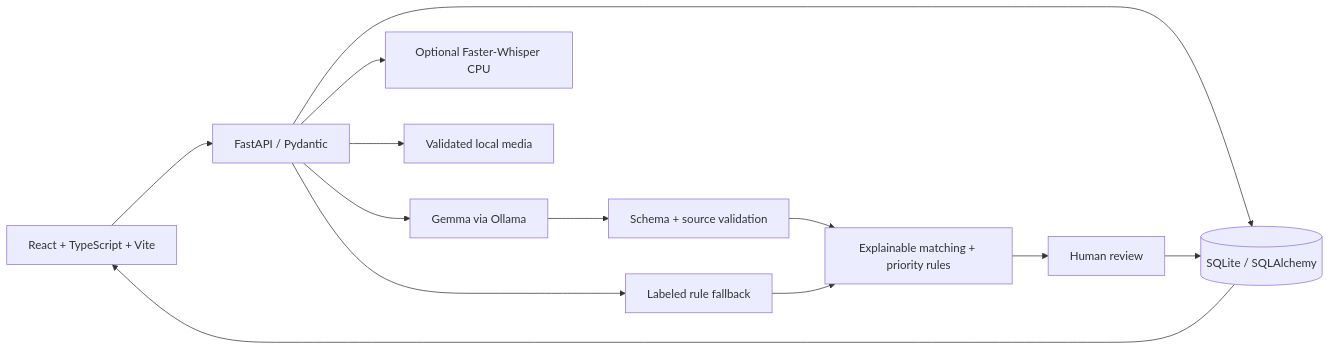
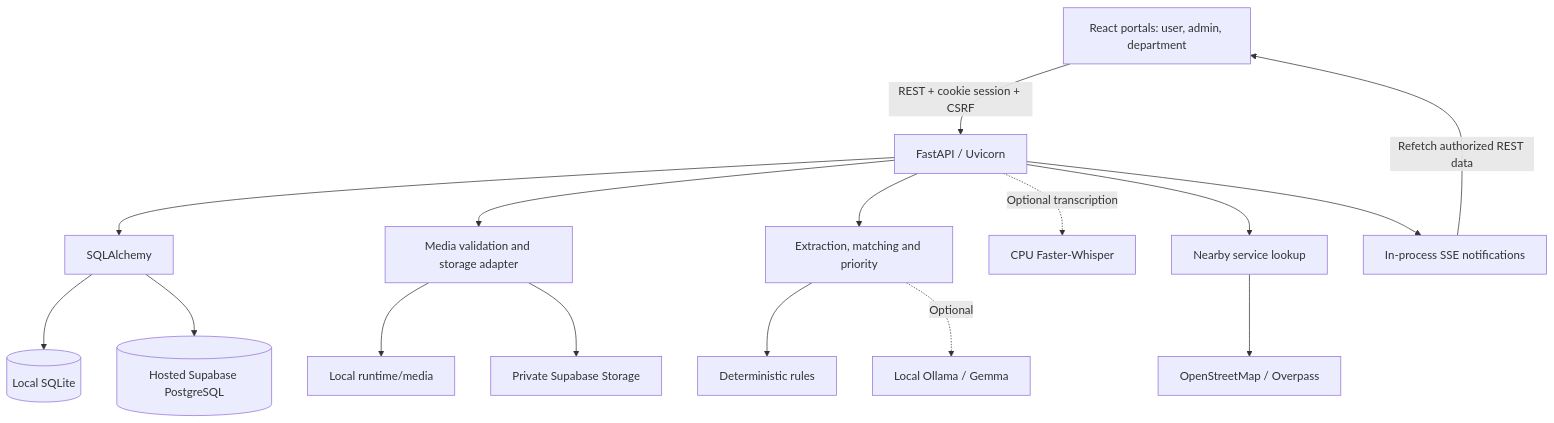
One commit to BijoyRoyxxx/RESQNET changed the first of 5 diagrams in README.md. Above: the diagram before and after it, drawn with Mermaid. The commit also changed other lines of this file, not shown here.

Commit message:
docs: describe tech stack and add implementation flow diagrams

````diff
--- a/README.md
+++ b/README.md
@@ -42,15 +101,19 @@
 ```mermaid
-flowchart LR
-    UI[React + TypeScript + Vite] --> API[FastAPI / Pydantic]
-    API --> SQL[(SQLite / SQLAlchemy)]
-    API --> AI[Gemma via Ollama]
-    AI --> V[Schema + source validation]
-    API --> R[Labeled rule fallback]
-    V --> M[Explainable matching + priority rules]
-    R --> M
-    M --> H[Human review]
-    H --> SQL
-    API --> W[Optional Faster-Whisper CPU]
-    API --> F[Validated local media]
-    SQL --> UI
+flowchart TD
+    Browser["React portals: user, admin, department"]
+    Browser -->|"REST + cookie session + CSRF"| API["FastAPI / Uvicorn"]
+    API --> ORM["SQLAlchemy"]
+    ORM --> LocalDB[("Local SQLite")]
+    ORM --> HostedDB[("Hosted Supabase PostgreSQL")]
+    API --> Media["Media validation and storage adapter"]
+    Media --> LocalFiles["Local runtime/media"]
+    Media --> HostedFiles["Private Supabase Storage"]
+    API --> Intelligence["Extraction, matching and priority"]
+    Intelligence --> Rules["Deterministic rules"]
+    Intelligence -.->|"Optional"| Ollama["Local Ollama / Gemma"]
+    API -.->|"Optional transcription"| Whisper["CPU Faster-Whisper"]
+    API --> Nearby["Nearby service lookup"]
+    Nearby --> Overpass["OpenStreetMap / Overpass"]
+    API --> Events["In-process SSE notifications"]
+    Events -->|"Refetch authorized REST data"| Browser
 ```
````
